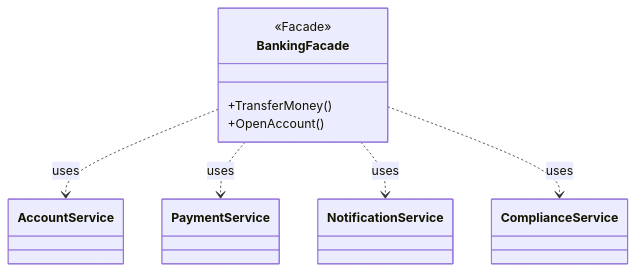
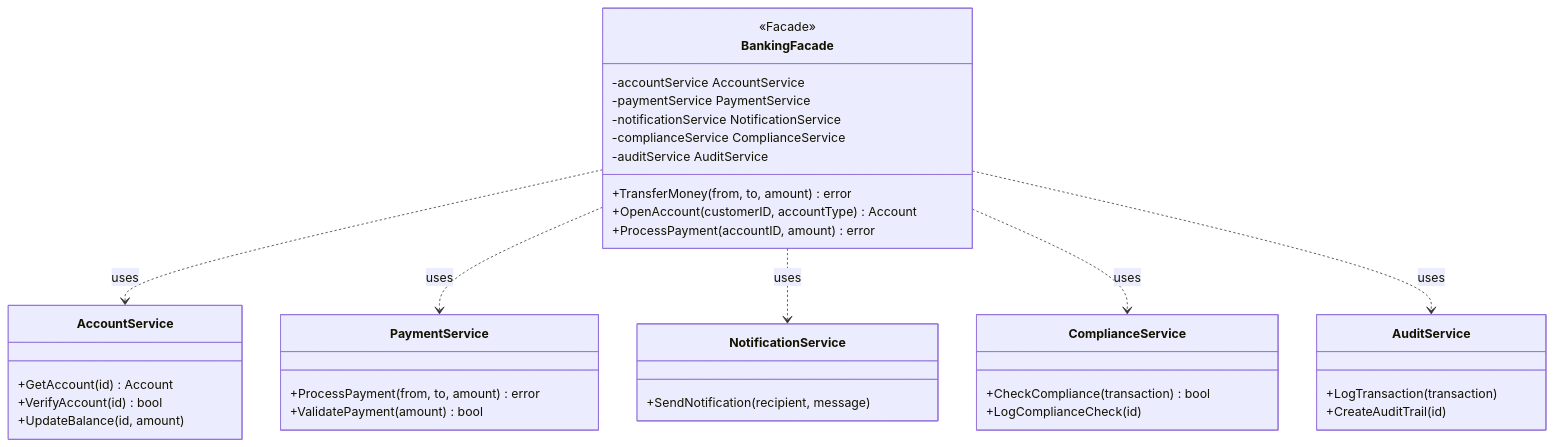
Before and after one commit to JoshuaPangaribuan/design-pattern-go: the first of 2 diagrams in structural/facade/README.md, drawn with Mermaid. The commit also changed other lines of this file and 23 other files, not shown here.

Commit message:
feat: add more diagrams

````diff
--- a/structural/facade/README.md
+++ b/structural/facade/README.md
@@ -23,21 +25,40 @@
 ```mermaid
 classDiagram
     class BankingFacade {
         <<Facade>>
-        +TransferMoney()
-        +OpenAccount()
+        -accountService AccountService
+        -paymentService PaymentService
+        -notificationService NotificationService
+        -complianceService ComplianceService
+        -auditService AuditService
+        +TransferMoney(from, to, amount) error
+        +OpenAccount(customerID, accountType) Account
+        +ProcessPayment(accountID, amount) error
     }
     class AccountService {
+        +GetAccount(id) Account
+        +VerifyAccount(id) bool
+        +UpdateBalance(id, amount)
     }
     class PaymentService {
+        +ProcessPayment(from, to, amount) error
+        +ValidatePayment(amount) bool
     }
     class NotificationService {
+        +SendNotification(recipient, message)
     }
     class ComplianceService {
+        +CheckCompliance(transaction) bool
+        +LogComplianceCheck(id)
+    }
+    class AuditService {
+        +LogTransaction(transaction)
+        +CreateAuditTrail(id)
     }
     
     BankingFacade ..> AccountService : uses
     BankingFacade ..> PaymentService : uses
     BankingFacade ..> NotificationService : uses
     BankingFacade ..> ComplianceService : uses
+    BankingFacade ..> AuditService : uses
 ```
````
